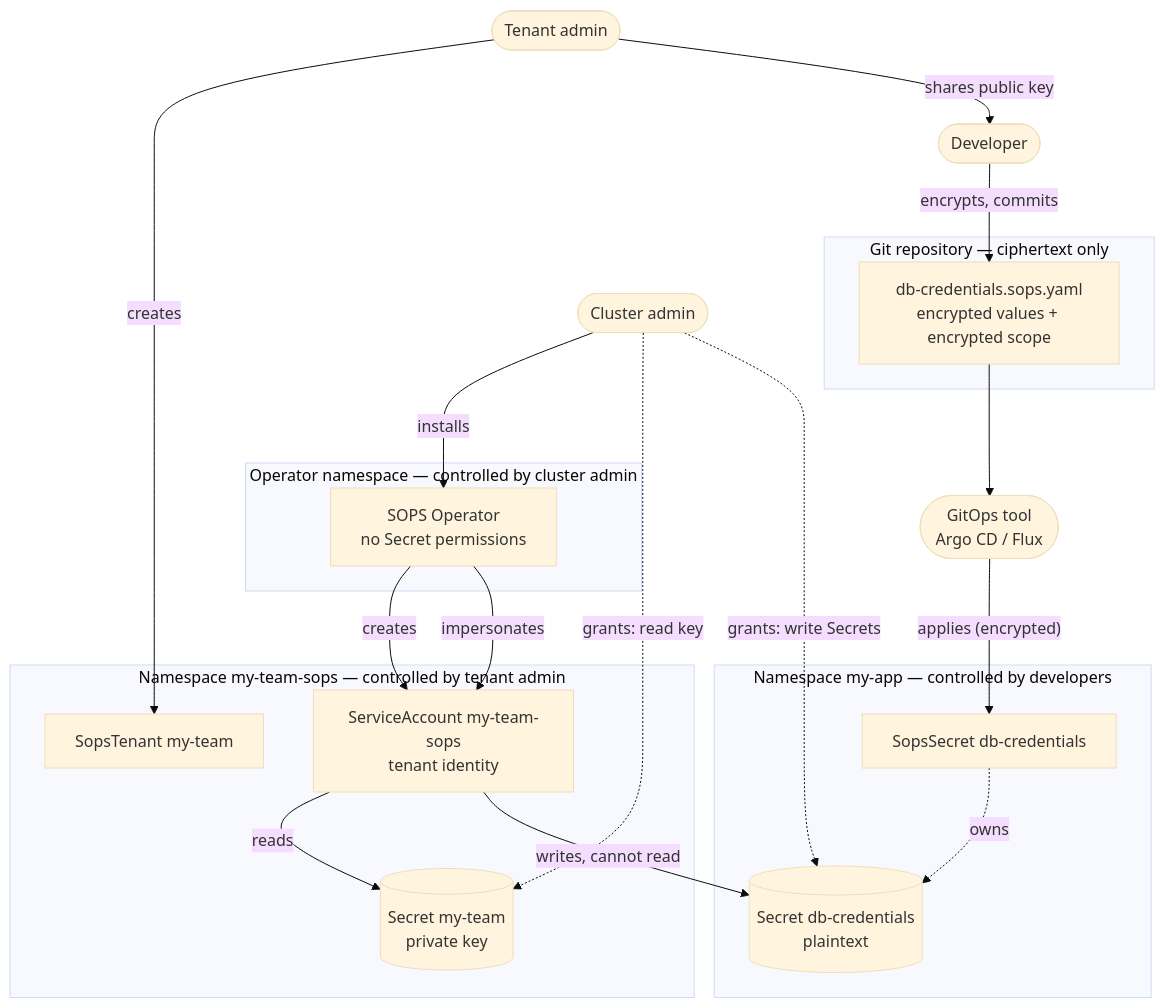
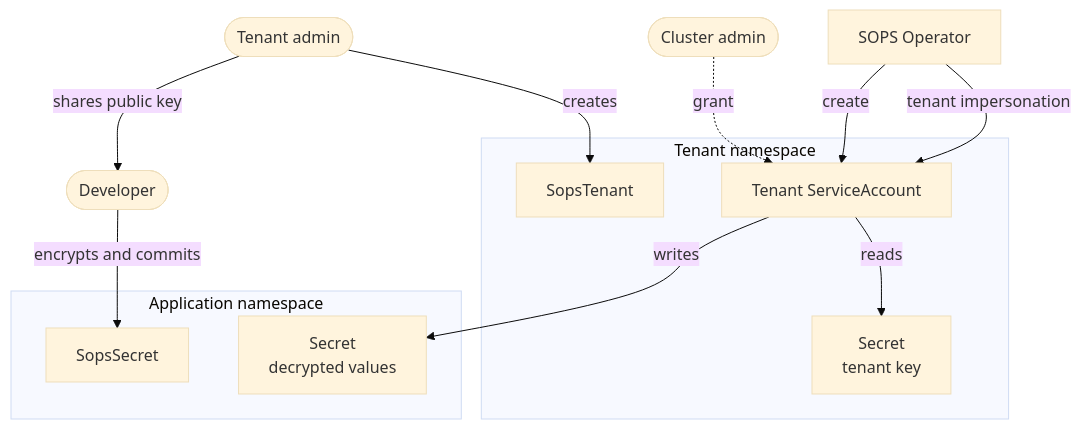
The diagram in README.md (stakater/sops-operator), drawn with Mermaid (base theme) before and after one commit. The commit also changed other lines of this file and 14 other files, not shown here.

First line of the commit message:
Release v0.0.3: <tenant>-sops-tenant ServiceAccounts, clearer onboarding (#6)

````diff
--- a/README.md
+++ b/README.md
@@ -111,41 +110,28 @@
 ```mermaid
 flowchart TB
     CA(["Cluster admin"])
     TA(["Tenant admin"])
     DEV(["Developer"])
 
-    subgraph GIT["Git repository — ciphertext only"]
-        FILE["db-credentials.sops.yaml<br/>encrypted values + encrypted scope"]
+    OP["SOPS Operator"]
+
+    subgraph TNS["Tenant namespace"]
+        TEN["SopsTenant"]
+        SA["Tenant ServiceAccount"]
+        KEY["Secret<br/>tenant key"]
     end
 
-    GITOPS(["GitOps tool<br/>Argo CD / Flux"])
-
-    subgraph OPNS["Operator namespace — controlled by cluster admin"]
-        OP["SOPS Operator<br/>no Secret permissions"]
+    subgraph APP["Application namespace"]
+        SS["SopsSecret"]
+        OUT["Secret<br/>decrypted values"]
     end
 
-    subgraph TNS["Namespace my-team-sops — controlled by tenant admin"]
-        TEN["SopsTenant my-team"]
-        KEY[("Secret my-team<br/>private key")]
-        SA["ServiceAccount my-team-sops<br/>tenant identity"]
-    end
-
-    subgraph APP["Namespace my-app — controlled by developers"]
-        SS["SopsSecret db-credentials"]
-        OUT[("Secret db-credentials<br/>plaintext")]
-    end
-
-    CA -->|installs| OP
-    OP -->|creates| SA
-    CA -.->|"grants: read key"| KEY
-    CA -.->|"grants: write Secrets"| OUT
+    CA -.->|grant| SA
     TA -->|creates| TEN
     TA -->|"shares public key"| DEV
-    DEV -->|"encrypts, commits"| FILE
-    FILE --> GITOPS
-    GITOPS -->|"applies (encrypted)"| SS
-    OP -->|impersonates| SA
+    DEV -->|"encrypts and commits"| SS
+    OP -->|create| SA
+    OP -->|"tenant impersonation"| SA
     SA -->|reads| KEY
-    SA -->|"writes, cannot read"| OUT
-    SS -.->|owns| OUT
+    SA -->|writes| OUT
 ```
````
